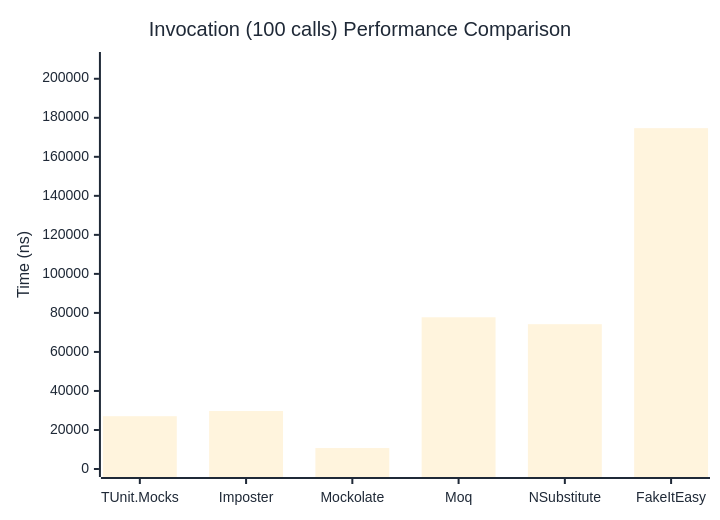
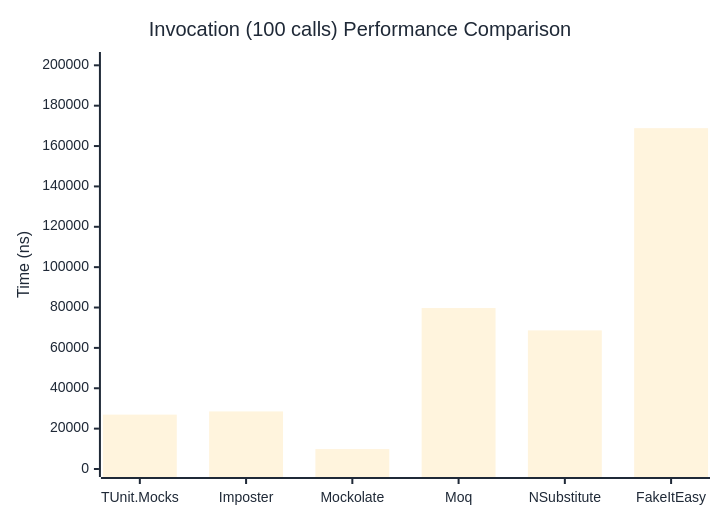
One commit to thomhurst/TUnit changed the third of 3 diagrams in docs/docs/benchmarks/mocks/Invocation.md. Above: the diagram before and after it, drawn with Mermaid. The commit also changed other lines of this file and 14 other files, not shown here.

````diff
--- a/docs/docs/benchmarks/mocks/Invocation.md
+++ b/docs/docs/benchmarks/mocks/Invocation.md
@@ -112,27 +112,27 @@
 ```mermaid
 %%{init: {
   'theme':'base',
   'themeVariables': {
     'primaryColor': '#2563eb',
     'primaryTextColor': '#1f2937',
     'primaryBorderColor': '#1e40af',
     'lineColor': '#6b7280',
     'secondaryColor': '#7c3aed',
     'tertiaryColor': '#dc2626',
     'background': '#ffffff',
     'pie1': '#2563eb',
     'pie2': '#7c3aed',
     'pie3': '#dc2626',
     'pie4': '#f59e0b',
     'pie5': '#10b981',
     'pie6': '#06b6d4',
     'pie7': '#ec4899',
     'pie8': '#6366f1'
   }
 }}%%
 xychart-beta
   title "Invocation (100 calls) Performance Comparison"
   x-axis ["TUnit.Mocks", "Imposter", "Mockolate", "Moq", "NSubstitute", "FakeItEasy"]
-  y-axis "Time (ns)" 0 --> 209619
-  bar [27072.25, 29729.26, 10740.23, 77763.55, 74225.55, 174682.49]
+  y-axis "Time (ns)" 0 --> 202632
+  bar [26937.4, 28526.3, 9876.2, 79740, 68668, 168859.3]
 ```
````
